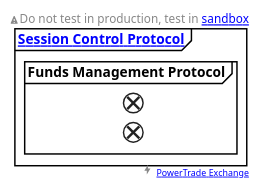
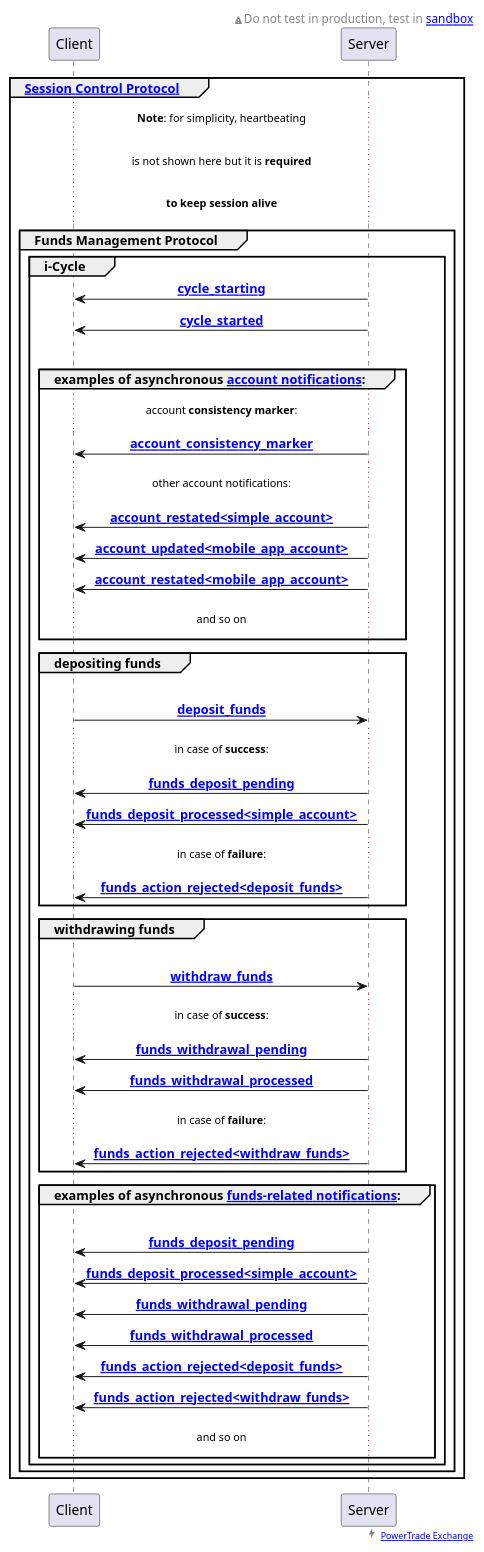
The diagram in protocols/puml/funds_management_protocol.puml (Power-Trade/api-docs), drawn with PlantUML before and after one commit. The commit also changed 12 other files, not shown here.

Commit message:
adding funds_management_protocol.puml + cosmetic improvements in other puml

```diff
--- a/protocols/puml/funds_management_protocol.puml
+++ b/protocols/puml/funds_management_protocol.puml
@@ -1,40 +1,85 @@
 @startuml funds_management_protocol
 
 ' to support time duration and delays:
 '!pragma teoz true
 
 'skinparam handwritten true
 'skinparam shadowing false
 
 'skinparam monochrome true
 skinparam sequenceMessageAlign center
 
 'skinparam title {
 '    BorderRoundCorner 5
 '    BorderThickness 1
 '    BorderColor black
 '    BackgroundColor WhiteSmoke
 '}
 
     '<font color=black>Warning:</font>
 right header
     <size:12><&warning>Do not test in production, test in [[#WS_API_Services_Sandbox sandbox]]</size>
 endheader
 
 right footer <size:15><&bolt></size> <size:9>[[https://power.trade PowerTrade Exchange]]</size>
 
 'entity Client
 'entity Server
 
 group <b>[[#session_control_with_auth Session Control Protocol]]</b>
 
-'... <b>Note</b>: for simplicity, heartbeating ...
-'... is not shown here but it is <b>required</b> ...
-'... <b>to keep session alive</b> ...
+    ... <b>Note</b>: for simplicity, heartbeating ...
+    ... is not shown here but it is <b>required</b> ...
+    ... <b>to keep session alive</b> ...
 
     group <b>Funds Management Protocol</b>
 
+        group i-Cycle
+            Client <- Server : <b>[[#cycle_starting cycle_starting]]</b>
+            Client <- Server : <b>[[#cycle_started cycle_started]]</b>
+            |||
+            group examples of asynchronous [[#account_notifications account notifications]]:
+                ... account <b>consistency marker</b>: ...
+                Client <- Server : <b>[[#account_consistency_marker account_consistency_marker]]</b>
+                ... other account notifications: ...
+                Client <- Server : <b>[[#account_restated_ltsimple_account_gt account_restated<simple_account>]]</b>
+                Client <- Server : <b>[[#account_updated_ltmobile_app_account_gt account_updated<mobile_app_account>]]</b>
+                Client <- Server : <b>[[#account_restated_ltmobile_app_account_gt account_restated<mobile_app_account>]]</b>
+                ... and so on ...
+            end
+
+            group depositing funds
+                |||
+                Client -> Server : <b>[[#deposit_funds deposit_funds]]</b>
+                ... in case of <b>success</b>: ...
+                Client <- Server : <b>[[#funds_deposit_pending funds_deposit_pending]]</b>
+                Client <- Server : <b>[[#funds_deposit_processed funds_deposit_processed<simple_account>]]</b>
+                ... in case of <b>failure</b>: ...
+                Client <- Server : <b>[[#funds_action_rejected_ltdeposit_funds_gt funds_action_rejected<deposit_funds>]]</b>
+            end
+
+            group withdrawing funds
+                |||
+                Client -> Server : <b>[[#withdraw_funds withdraw_funds]]</b>
+                ... in case of <b>success</b>: ...
+                Client <- Server : <b>[[#funds_withdrawal_pending funds_withdrawal_pending]]</b>
+                Client <- Server : <b>[[#funds_withdrawal_processed funds_withdrawal_processed]]</b>
+                ... in case of <b>failure</b>: ...
+                Client <- Server : <b>[[#funds_action_rejected_ltwithdraw_funds_gt funds_action_rejected<withdraw_funds>]]</b>
+            end
+
+            group examples of asynchronous [[#funds_notifications funds-related notifications]]:
+                |||
+                Client <- Server : <b>[[#funds_deposit_pending funds_deposit_pending]]</b>
+                Client <- Server : <b>[[#funds_deposit_processed funds_deposit_processed<simple_account>]]</b>
+                Client <- Server : <b>[[#funds_withdrawal_pending funds_withdrawal_pending]]</b>
+                Client <- Server : <b>[[#funds_withdrawal_processed funds_withdrawal_processed]]</b>
+                Client <- Server : <b>[[#funds_action_rejected_ltdeposit_funds_gt funds_action_rejected<deposit_funds>]]</b>
+                Client <- Server : <b>[[#funds_action_rejected_ltwithdraw_funds_gt funds_action_rejected<withdraw_funds>]]</b>
+                ... and so on ...
+            end
+        end
     end
 end
 
 @enduml
```
